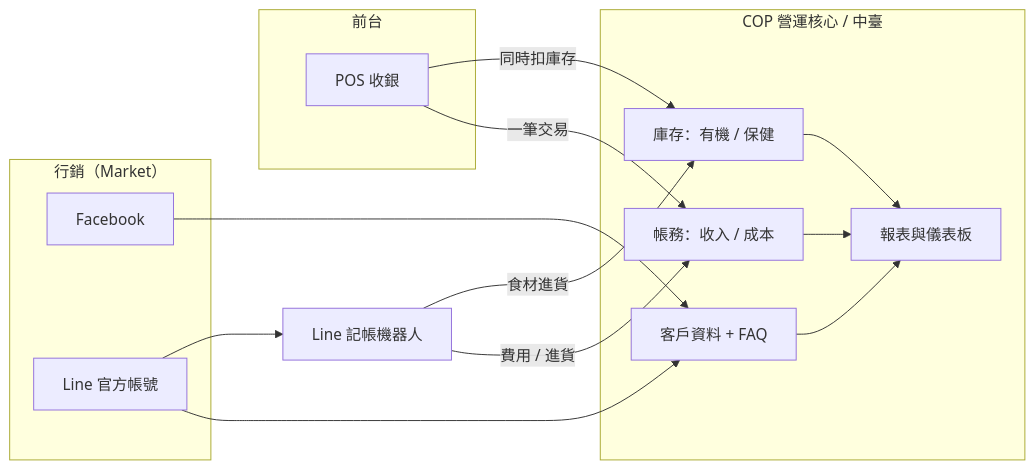
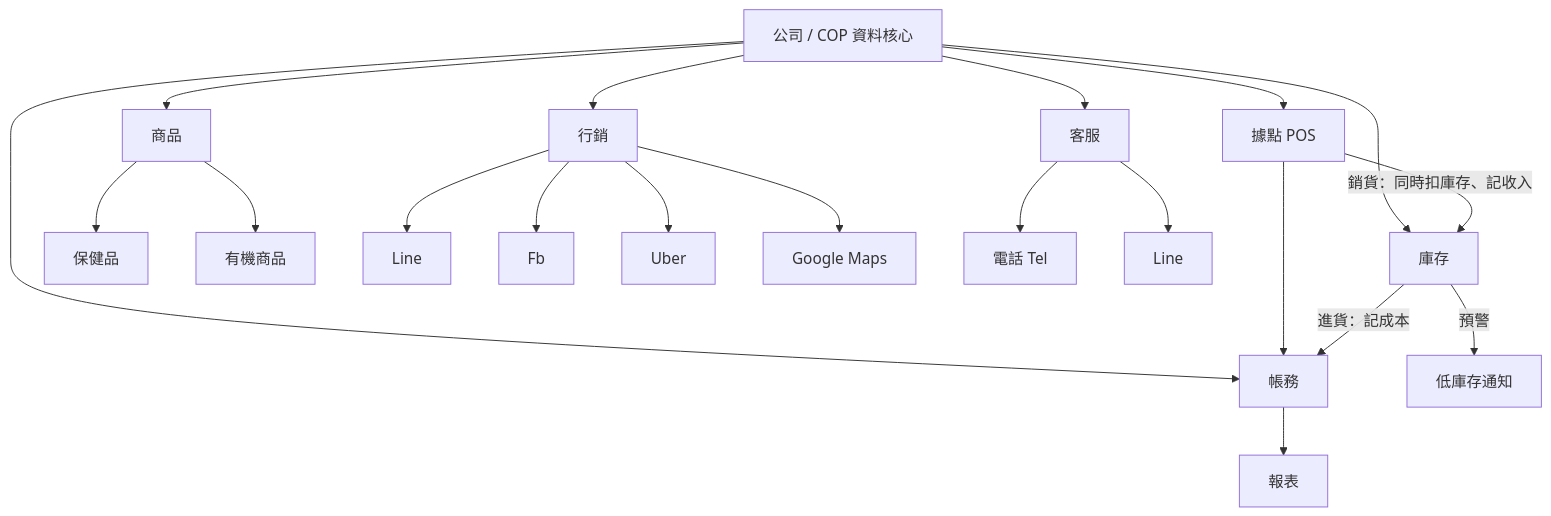
The diagram in docs/ops-system-design.md (eemily1234/inspogen), drawn with Mermaid before and after one commit. The commit also changed other lines of this file, not shown here.

First line of the commit message:
Rework ops system design around the clearer org chart (v2)

````diff
--- a/docs/ops-system-design.md
+++ b/docs/ops-system-design.md
@@ -24,31 +23,25 @@
 ```mermaid
-flowchart LR
-    subgraph 行銷["行銷（Market）"]
-        FB[Facebook]
-        LN[Line 官方帳號]
-    end
+flowchart TB
+    CO[公司 / COP 資料核心]
+    CO --> ACC[帳務]
+    CO --> INV[庫存]
+    CO --> PRD[商品]
+    CO --> MKT[行銷]
+    CO --> CS[客服]
+    CO --> STORE[據點 POS]
 
-    subgraph 前台["前台"]
-        POS[POS 收銀]
-    end
+    PRD --> P1[保健品]
+    PRD --> P2[有機商品]
+    MKT --> M1[Line]
+    MKT --> M2[Fb]
+    MKT --> M3[Uber]
+    MKT --> M4[Google Maps]
+    CS --> C1[電話 Tel]
+    CS --> C2[Line]
 
-    subgraph 核心["COP 營運核心 / 中臺"]
-        CRM[客戶資料 + FAQ]
-        INV[庫存：有機 / 保健]
-        ACC[帳務：收入 / 成本]
-        RPT[報表與儀表板]
-    end
-
-    BOT[Line 記帳機器人]
-
-    FB --> CRM
-    LN --> CRM
-    LN --> BOT
-    BOT -->|費用 / 進貨| ACC
-    BOT -->|食材進貨| INV
-    POS -->|一筆交易| ACC
-    POS -->|同時扣庫存| INV
-    INV --> RPT
-    ACC --> RPT
-    CRM --> RPT
+    STORE -- "銷貨：同時扣庫存、記收入" --> INV
+    STORE --> ACC
+    INV -- "進貨：記成本" --> ACC
+    INV -- "預警" --> ALERT[低庫存通知]
+    ACC --> RPT[報表]
 ```
````
